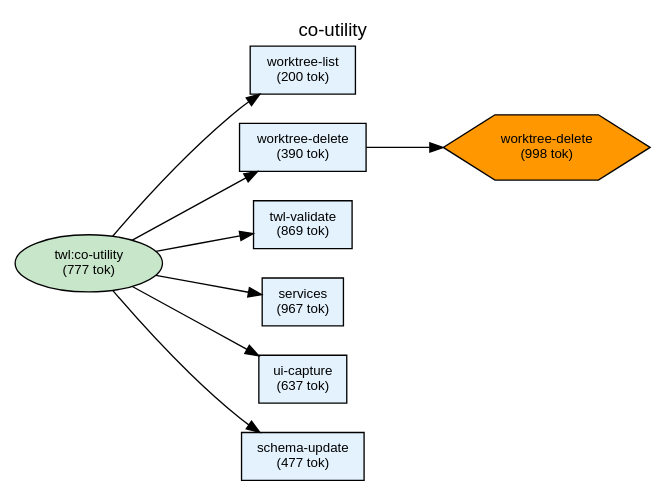
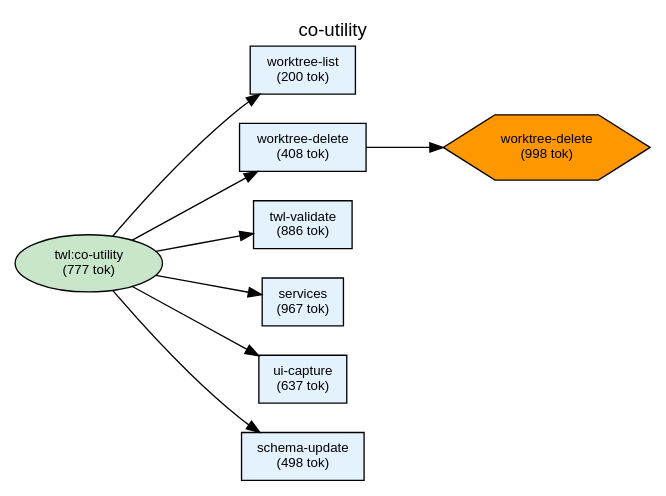
The diagram in plugins/twl/docs/deps-co-utility.dot (shuu5/twill), drawn with Graphviz before and after one commit. The commit also changed 43 other files, not shown here.

```diff
--- a/plugins/twl/docs/deps-co-utility.dot
+++ b/plugins/twl/docs/deps-co-utility.dot
@@ -1,60 +1,60 @@
 digraph Dependencies {
     // Graph settings
     rankdir=LR;
     ranksep=0.8;
     nodesep=0.3;
     fontname="Helvetica";
     node [fontname="Helvetica", fontsize=10];
     edge [fontname="Helvetica", fontsize=9];
     label="co-utility";
     labelloc=t;
     fontsize=14;
 
     // L0: Controller Skills
     skill_co_utility [label="twl:co-utility\n(777 tok)", shape=ellipse, style=filled, fillcolor="#c8e6c9"];
 
     // L0: Launchers
 
     // L0.5: Workflow Skills
 
     // Reference Skills
 
     // L1: Direct Commands
     cmd_worktree_list [label="worktree-list\n(200 tok)", shape=box, style=filled, fillcolor="#e3f2fd"];
-    cmd_twl_validate [label="twl-validate\n(869 tok)", shape=box, style=filled, fillcolor="#e3f2fd"];
+    cmd_twl_validate [label="twl-validate\n(886 tok)", shape=box, style=filled, fillcolor="#e3f2fd"];
     cmd_services [label="services\n(967 tok)", shape=box, style=filled, fillcolor="#e3f2fd"];
     cmd_ui_capture [label="ui-capture\n(637 tok)", shape=box, style=filled, fillcolor="#e3f2fd"];
-    cmd_worktree_delete [label="worktree-delete\n(390 tok)", shape=box, style=filled, fillcolor="#e3f2fd"];
-    cmd_schema_update [label="schema-update\n(477 tok)", shape=box, style=filled, fillcolor="#e3f2fd"];
+    cmd_worktree_delete [label="worktree-delete\n(408 tok)", shape=box, style=filled, fillcolor="#e3f2fd"];
+    cmd_schema_update [label="schema-update\n(498 tok)", shape=box, style=filled, fillcolor="#e3f2fd"];
 
     // L2: Sub Commands
 
     // L3: Agents
 
     // L3.5: Scripts
     script_worktree_delete [label="worktree-delete\n(998 tok)", shape=hexagon, style=filled, fillcolor="#FF9800"];
 
     // L4: External
 
     // Layer constraints
     { rank=same; skill_co_utility; }
     { rank=same; cmd_worktree_list; cmd_twl_validate; cmd_services; cmd_ui_capture; cmd_worktree_delete; cmd_schema_update; }
     { rank=same; script_worktree_delete; }
 
     // Edges
     skill_co_utility -> cmd_worktree_list;
     skill_co_utility -> cmd_worktree_delete;
     skill_co_utility -> cmd_twl_validate;
     skill_co_utility -> cmd_services;
     skill_co_utility -> cmd_ui_capture;
     skill_co_utility -> cmd_schema_update;
     cmd_worktree_delete -> script_worktree_delete;
 
     // Ordering constraints (invisible edges)
     cmd_worktree_list -> cmd_worktree_delete [style=invis, weight=10];
     cmd_worktree_delete -> cmd_twl_validate [style=invis, weight=10];
     cmd_twl_validate -> cmd_services [style=invis, weight=10];
     cmd_services -> cmd_ui_capture [style=invis, weight=10];
     cmd_ui_capture -> cmd_schema_update [style=invis, weight=10];
 
 }
```
